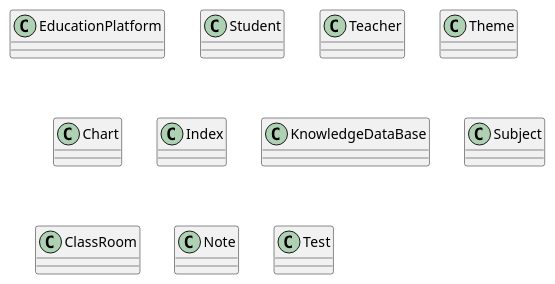
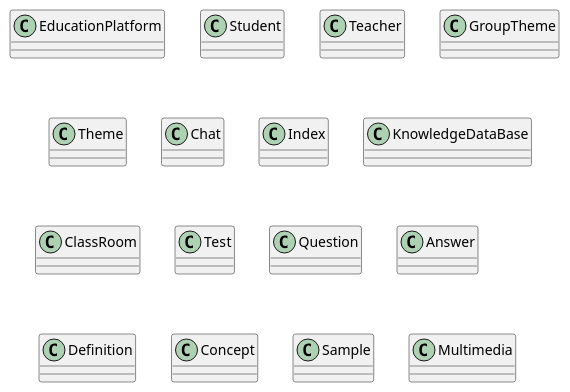
One commit to jumpering/lab-turing changed the diagram in src/EducationPlatform.puml. Above: the diagram before and after it, drawn with PlantUML.

Commit message:
add brainstroming domain words

```diff
--- a/src/EducationPlatform.puml
+++ b/src/EducationPlatform.puml
@@ -1,13 +1,18 @@
 @startuml EducationPlatform
 class EducationPlatform
 class Student
 class Teacher
+class GroupTheme
 class Theme
-class Chart
+class Chat
 class Index
 class KnowledgeDataBase
-class Subject
 class ClassRoom
-class Note
 class Test
+class Question
+class Answer
+class Definition
+class Concept
+class Sample
+class Multimedia
 @enduml
```
